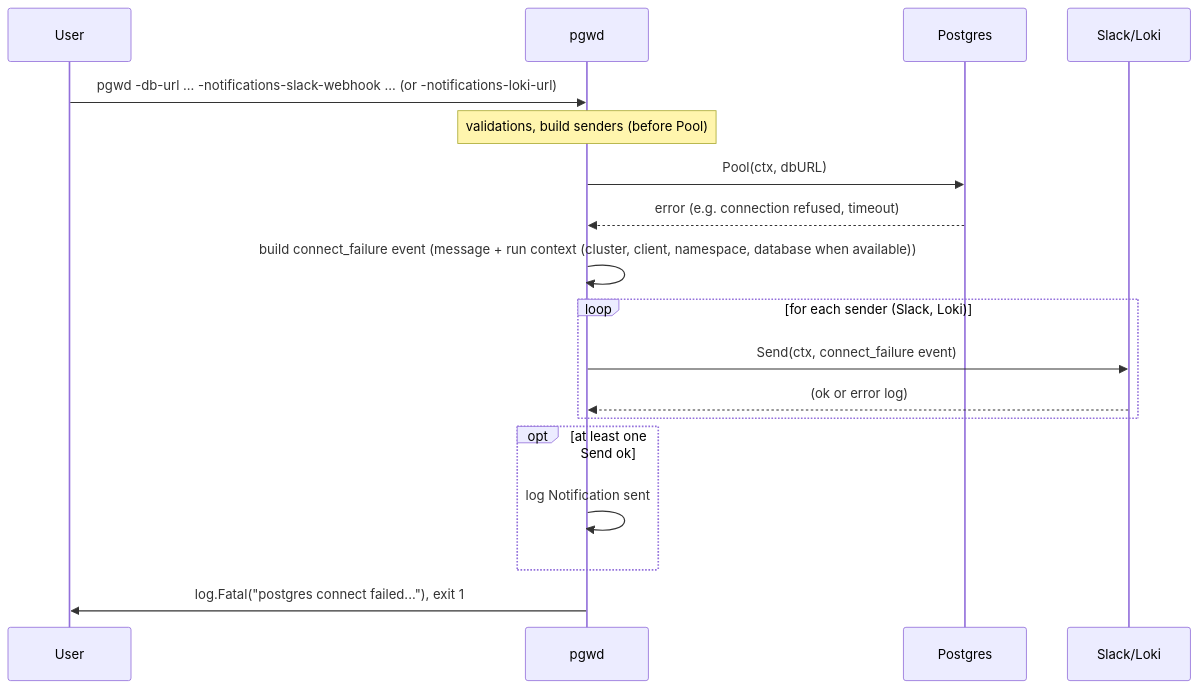
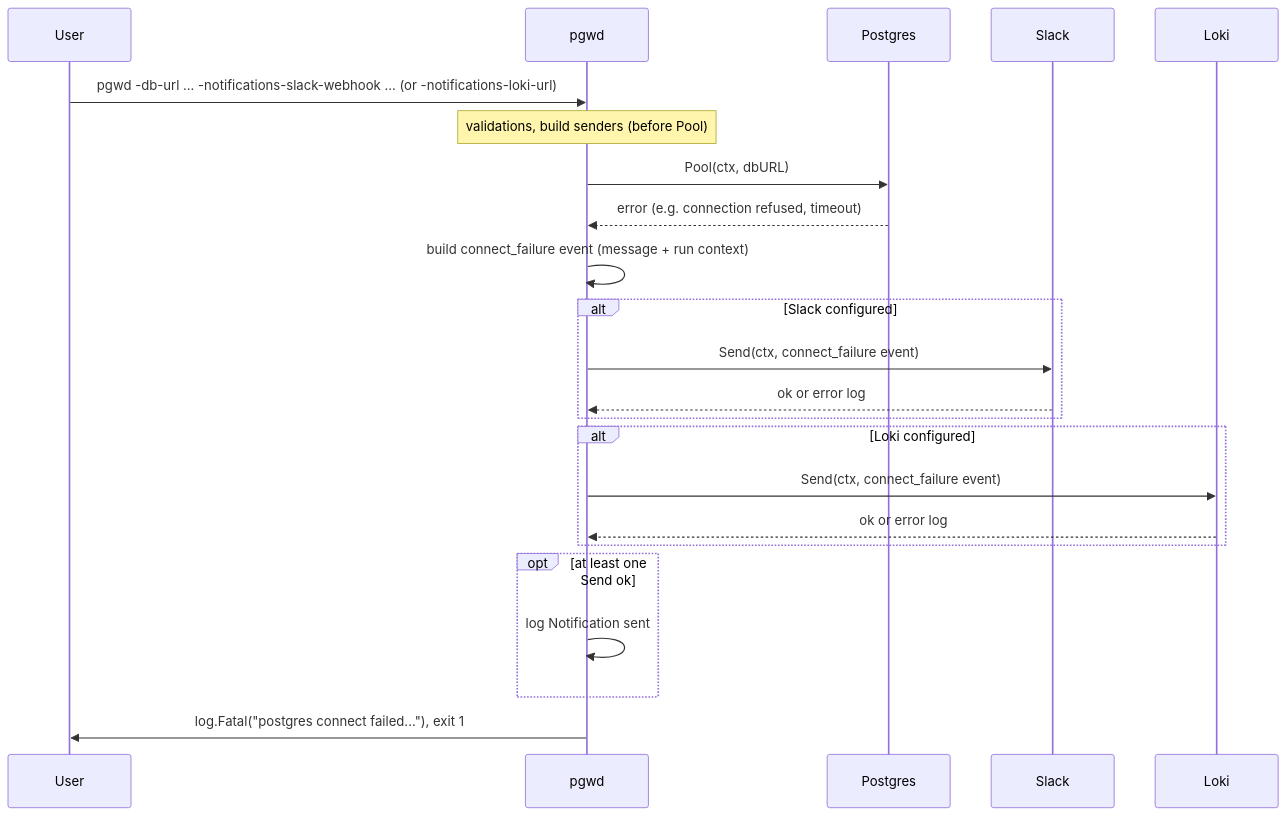
The diagram in docs/sequence/07-connect-failure-notification.md (hrodrig/pgwd), drawn with Mermaid before and after one commit.

Commit message:
fix(docs): Mermaid diagram in connect-failure sequence for GitHub render
Replace participant alias Slack/Loki with separate participants to avoid
'svg element not in render tree' error. Use alt blocks like other diagrams.

Made-with: Cursor

````diff
--- a/docs/sequence/07-connect-failure-notification.md
+++ b/docs/sequence/07-connect-failure-notification.md
@@ -5,21 +5,26 @@
 ```mermaid
 sequenceDiagram
     participant User
     participant pgwd
     participant Postgres
-    participant Slack as Slack/Loki
+    participant Slack
+    participant Loki
 
     User->>pgwd: pgwd -db-url ... -notifications-slack-webhook ... (or -notifications-loki-url)
     Note over pgwd: validations, build senders (before Pool)
     pgwd->>Postgres: Pool(ctx, dbURL)
     Postgres-->>pgwd: error (e.g. connection refused, timeout)
-    pgwd->>pgwd: build connect_failure event (message + run context (cluster, client, namespace, database when available))
-    loop for each sender (Slack, Loki)
+    pgwd->>pgwd: build connect_failure event (message + run context)
+    alt Slack configured
         pgwd->>Slack: Send(ctx, connect_failure event)
-        Slack-->>pgwd: (ok or error log)
+        Slack-->>pgwd: ok or error log
+    end
+    alt Loki configured
+        pgwd->>Loki: Send(ctx, connect_failure event)
+        Loki-->>pgwd: ok or error log
     end
     opt at least one Send ok
         pgwd->>pgwd: log Notification sent
     end
     pgwd->>User: log.Fatal("postgres connect failed..."), exit 1
 ```
````
